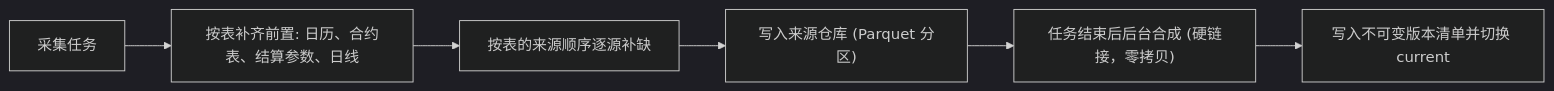
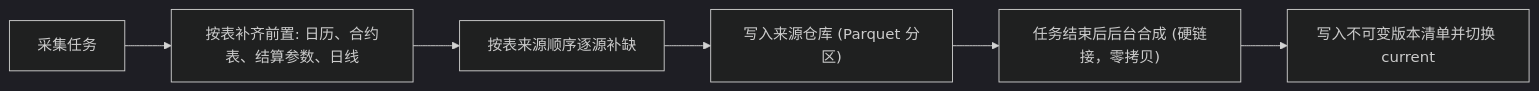
One commit to isqiwen/asterion-terminal changed the diagram in docs/warehouse/README.md. Above: the diagram before and after it, drawn with Mermaid (dark theme). The commit also changed other lines of this file and 26 other files, not shown here.

````diff
--- a/docs/warehouse/README.md
+++ b/docs/warehouse/README.md
@@ -80,8 +72,8 @@
 ```mermaid
 flowchart LR
   Task["采集任务"] --> Prereq["按表补齐前置: 日历、合约表、结算参数、日线"]
-  Prereq --> Fetch["按表的来源顺序逐源补缺"]
+  Prereq --> Fetch["按表来源顺序逐源补缺"]
   Fetch --> Src["写入来源仓库 (Parquet 分区)"]
   Src --> Compose["任务结束后后台合成 (硬链接，零拷贝)"]
   Compose --> Publish["写入不可变版本清单并切换 current"]
 ```
````
